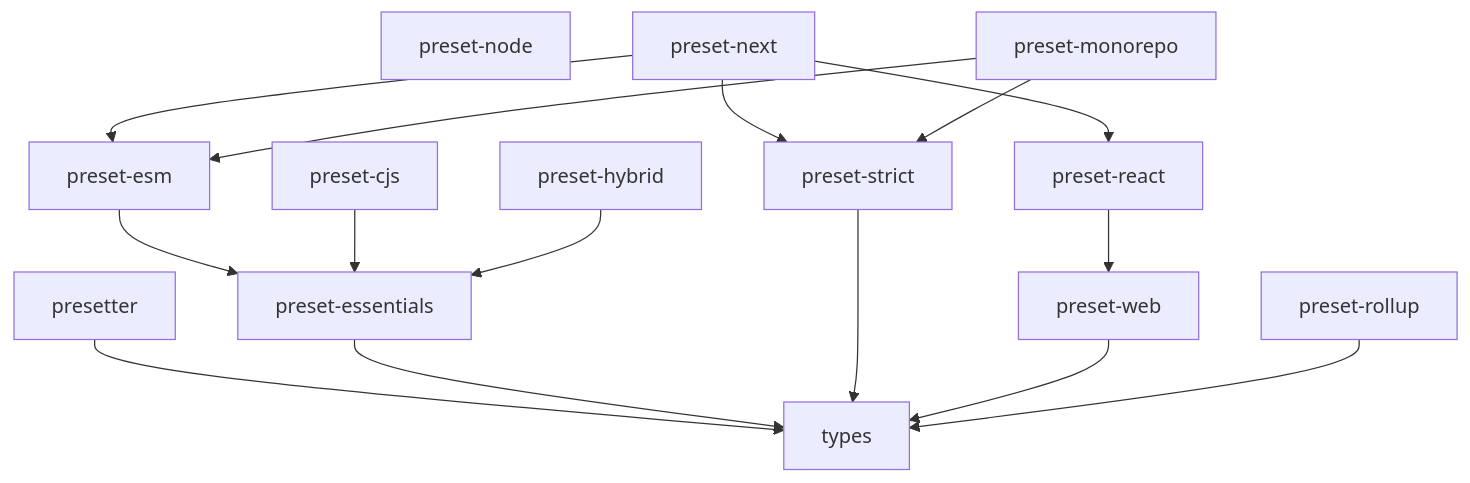
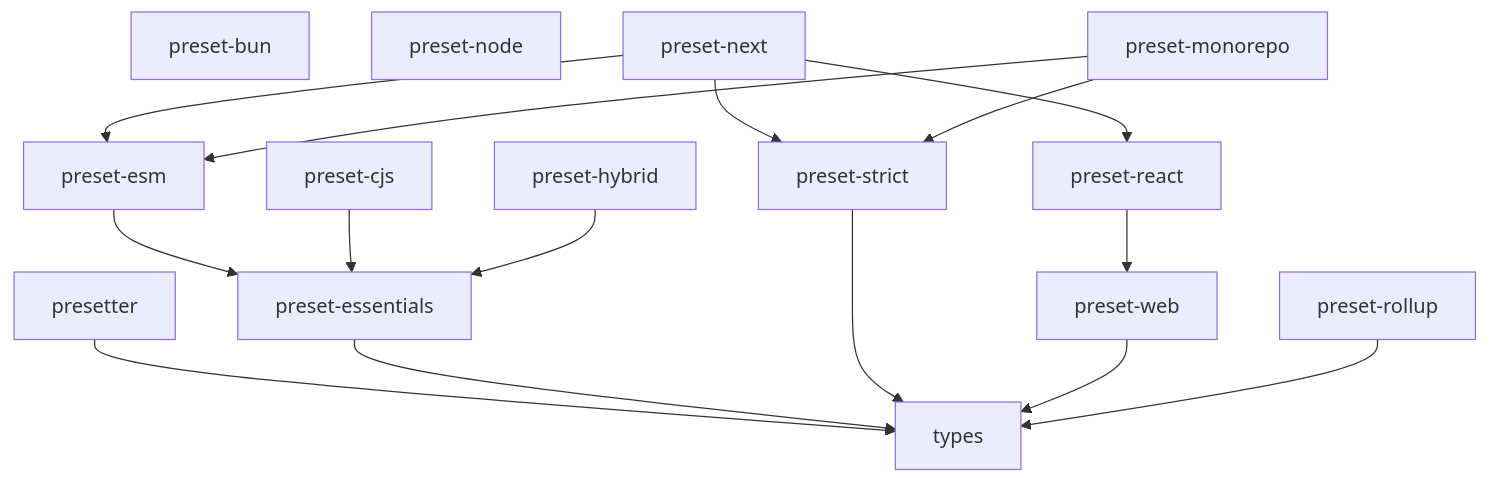
Before and after one commit to alvis/presetter: the diagram in README.md, drawn with Mermaid. The commit also changed other lines of this file and 13 other files, not shown here.

Commit message:
feat(preset/bun): add a preset for bun

````diff
--- a/README.md
+++ b/README.md
@@ -303,31 +311,32 @@
 ```mermaid
 graph TD
   T[types]
   P[presetter]
   E[preset-essentials]
   S[preset-strict]
   M[preset-esm]
   C[preset-cjs]
   H[preset-hybrid]
+  B[preset-bun]
   N[preset-node]
   W[preset-web]
   R[preset-react]
   X[preset-next]
   U[preset-rollup]
   O[preset-monorepo]
 
   P --> T
   E --> T
   M --> E
   C --> E
   H --> E
   S --> T
   W --> T
   R --> W
   X --> M
   X --> S
   X --> R
   U --> T
   O --> M
   O --> S
 ```
````
